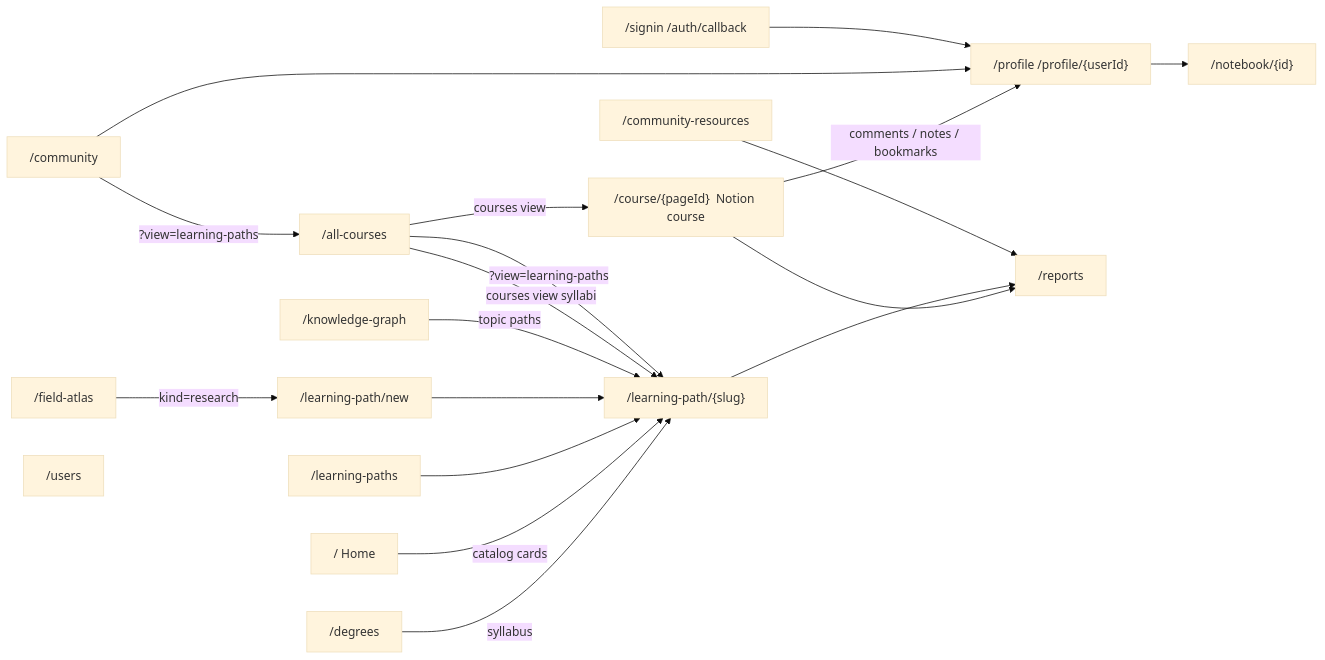
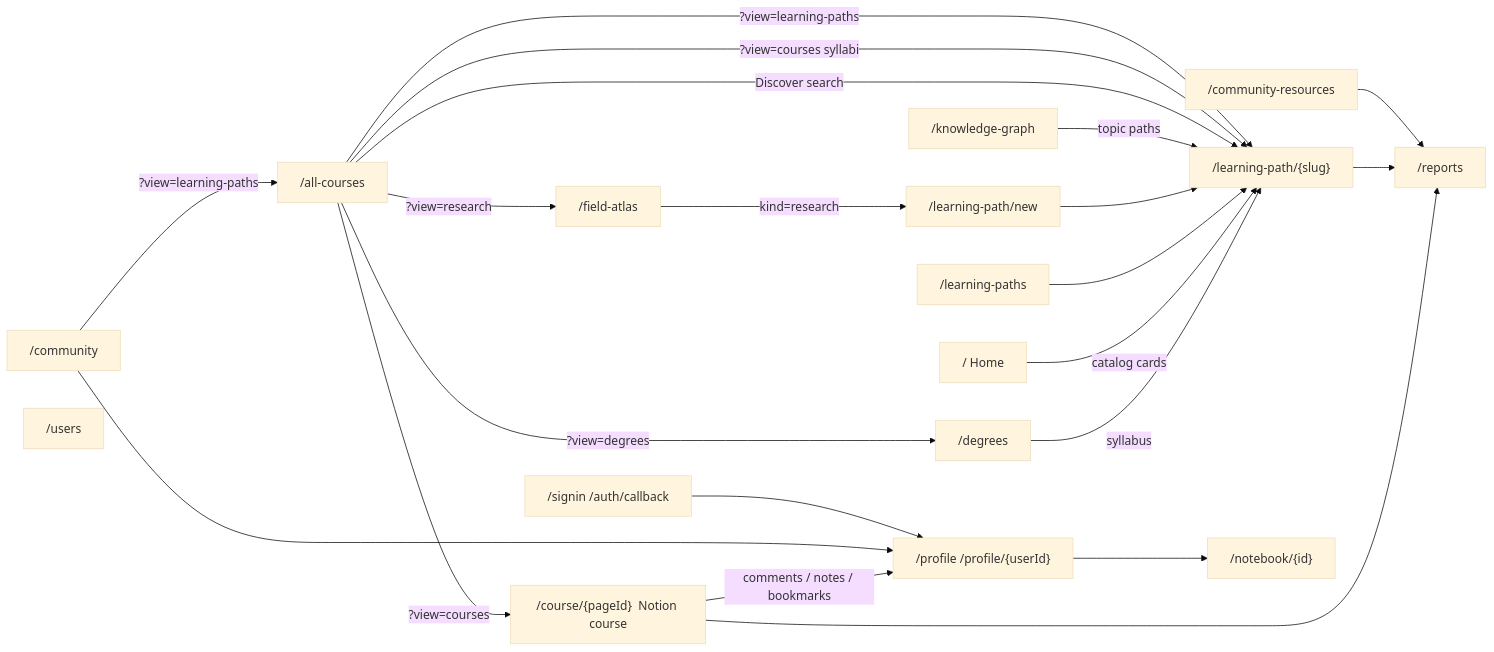
One commit to coursetexts/notion-site changed the second of 4 diagrams in docs/architecture.md. Above: the diagram before and after it, drawn with Mermaid (base theme). The commit also changed other lines of this file and 17 other files, not shown here.

````diff
--- a/docs/architecture.md
+++ b/docs/architecture.md
@@ -86,37 +95,40 @@
 ```mermaid
 flowchart LR
   Home["/  Home"]
   Course["/course/{pageId}  Notion course"]
   All["/all-courses"]
   Degrees["/degrees"]
   LP["/learning-path/{slug}"]
   LPNew["/learning-path/new"]
   LPIndex["/learning-paths"]
   Atlas["/field-atlas"]
   KnowledgeGraph["/knowledge-graph"]
   Community["/community"]
   Resources["/community-resources"]
   Profile["/profile  /profile/{userId}"]
   Users["/users"]
   Reports["/reports"]
   Notebook["/notebook/{id}"]
   Signin["/signin  /auth/callback"]
 
   Degrees -->|"syllabus"| LP
   Home -->|"catalog cards"| LP
   LPIndex --> LP
   LPNew --> LP
   Atlas -->|"kind=research"| LPNew
   KnowledgeGraph -->|"topic paths"| LP
-  All -->|"courses view"| Course
-  All -->|"courses view syllabi"| LP
+  All -->|"Discover search"| LP
+  All -->|"?view=courses"| Course
+  All -->|"?view=courses syllabi"| LP
   All -->|"?view=learning-paths"| LP
+  All -->|"?view=degrees"| Degrees
+  All -->|"?view=research"| Atlas
   Community -->|"?view=learning-paths"| All
   Course --> Reports
   LP --> Reports
   Resources --> Reports
   Course -->|"comments / notes / bookmarks"| Profile
   Community --> Profile
   Profile --> Notebook
   Signin --> Profile
 ```
````
